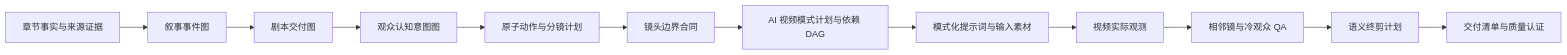
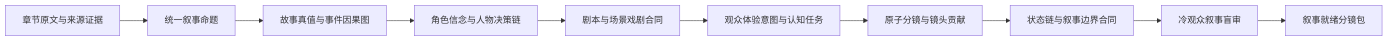
One commit to GYZ001/MJAgent2 changed the diagram in PRD/全链路叙事连续性与视频衔接泛化整改PRD.md. Above: the diagram before and after it, drawn with Mermaid. The commit also changed other lines of this file and 2 other files, not shown here.

````diff
--- a/PRD/全链路叙事连续性与视频衔接泛化整改PRD.md
+++ b/PRD/全链路叙事连续性与视频衔接泛化整改PRD.md
@@ -31,14 +16,12 @@
 ```mermaid
 flowchart LR
-    A["章节事实与来源证据"] --> B["叙事事件图"]
-    B --> C["剧本交付图"]
-    C --> D["观众认知意图图"]
-    D --> E["原子动作与分镜计划"]
-    E --> F["镜头边界合同"]
-    F --> G["AI 视频模式计划与依赖 DAG"]
-    G --> H["模式化提示词与输入素材"]
-    H --> I["视频实际观测"]
-    I --> J["相邻镜与冷观众 QA"]
-    J --> K["语义终剪计划"]
-    K --> L["交付清单与质量认证"]
+    A["章节原文与来源证据"] --> B["统一叙事命题"]
+    B --> C["故事真值与事件因果图"]
+    C --> D["角色信念与人物决策链"]
+    D --> E["剧本与场景戏剧合同"]
+    E --> F["观众体验意图与认知任务"]
+    F --> G["原子分镜与镜头贡献"]
+    G --> H["状态链与叙事边界合同"]
+    H --> I["冷观众叙事盲审"]
+    I --> J["叙事就绪分镜包"]
 ```
````
